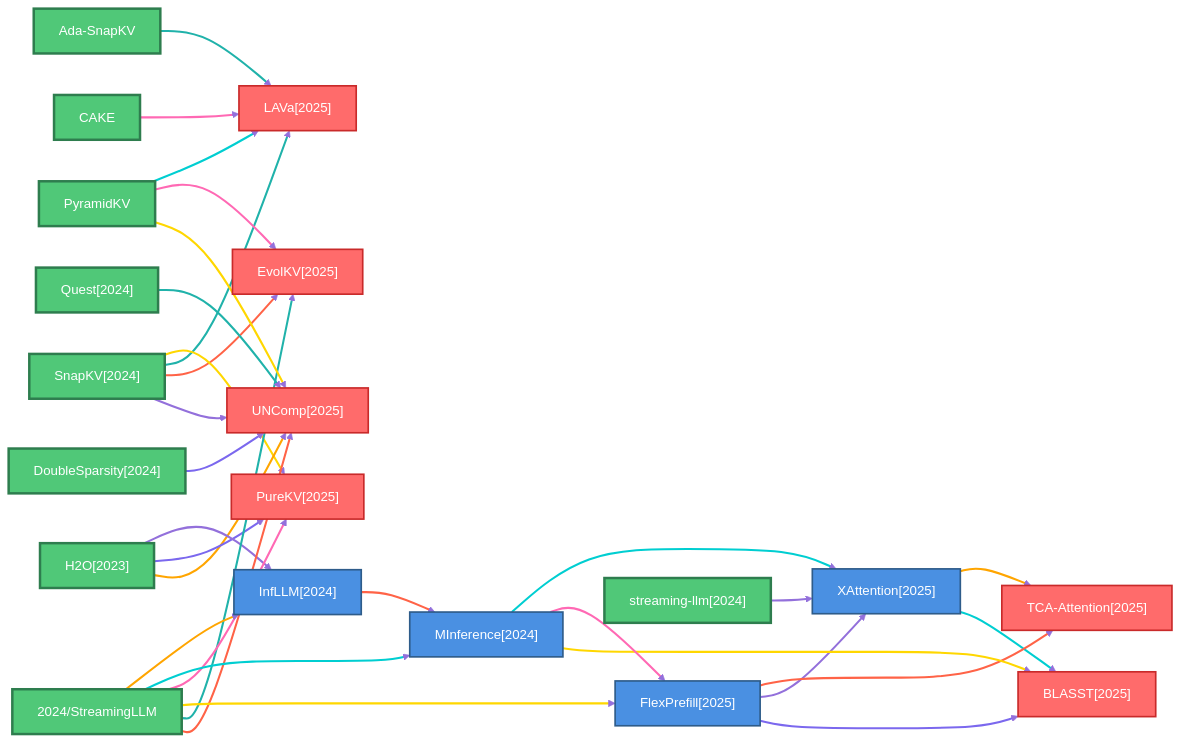
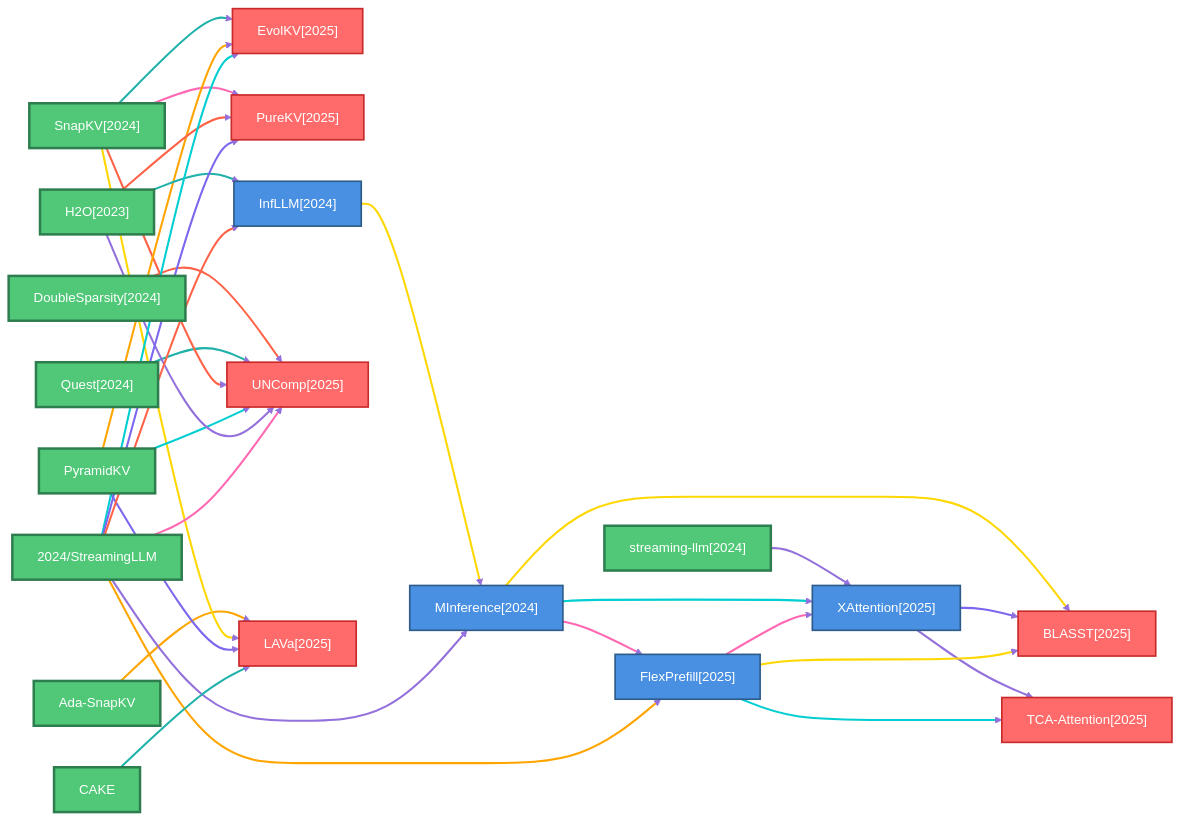
The fourth of 6 diagrams in docs/baseline_methods_graph.md (hustzxd/EfficientPaper), drawn with Mermaid before and after one commit. The commit also changed other lines of this file and 53 other files, not shown here.

````diff
--- a/docs/baseline_methods_graph.md
+++ b/docs/baseline_methods_graph.md
@@ -131,103 +131,103 @@
     classDef leafNode fill:#FF6B6B,stroke:#C92A2A,stroke-width:2px,color:#fff
     linkStyle default stroke:#9370DB,stroke-width:2px
 
+    2024_streaming_llm["streaming-llm[2024]"]
+    class 2024_streaming_llm rootNode
+    2024_DoubleSparsity["DoubleSparsity[2024]"]
+    class 2024_DoubleSparsity rootNode
+    2024_Quest["Quest[2024]"]
+    class 2024_Quest rootNode
+    2025_BLASST["BLASST[2025]"]
+    class 2025_BLASST leafNode
+    2025_EvolKV["EvolKV[2025]"]
+    class 2025_EvolKV leafNode
+    2024_MInference["MInference[2024]"]
+    class 2024_MInference defaultNode
+    Ada_SnapKV["Ada-SnapKV"]
+    class Ada_SnapKV rootNode
+    2025_PureKV["PureKV[2025]"]
+    class 2025_PureKV leafNode
+    2025_XAttention["XAttention[2025]"]
+    class 2025_XAttention defaultNode
     2024_SnapKV["SnapKV[2024]"]
     class 2024_SnapKV rootNode
-    2025_PureKV["PureKV[2025]"]
-    class 2025_PureKV leafNode
-    2025_BLASST["BLASST[2025]"]
-    class 2025_BLASST leafNode
+    PyramidKV["PyramidKV"]
+    class PyramidKV rootNode
+    2023_H2O["H2O[2023]"]
+    class 2023_H2O rootNode
     2025_TCA_Attention["TCA-Attention[2025]"]
     class 2025_TCA_Attention leafNode
+    2024_InfLLM["InfLLM[2024]"]
+    class 2024_InfLLM defaultNode
+    2025_UNComp["UNComp[2025]"]
+    class 2025_UNComp leafNode
+    2024_StreamingLLM["2024/StreamingLLM"]
+    class 2024_StreamingLLM rootNode
     CAKE["CAKE"]
     class CAKE rootNode
-    2025_XAttention["XAttention[2025]"]
-    class 2025_XAttention defaultNode
+    2025_LAVa["LAVa[2025]"]
+    class 2025_LAVa leafNode
     2025_FlexPrefill["FlexPrefill[2025]"]
     class 2025_FlexPrefill defaultNode
-    Ada_SnapKV["Ada-SnapKV"]
-    class Ada_SnapKV rootNode
-    2025_LAVa["LAVa[2025]"]
-    class 2025_LAVa leafNode
-    2025_UNComp["UNComp[2025]"]
-    class 2025_UNComp leafNode
-    2024_MInference["MInference[2024]"]
-    class 2024_MInference defaultNode
-    2023_H2O["H2O[2023]"]
-    class 2023_H2O rootNode
-    2024_StreamingLLM["2024/StreamingLLM"]
-    class 2024_StreamingLLM rootNode
-    2025_EvolKV["EvolKV[2025]"]
-    class 2025_EvolKV leafNode
-    2024_DoubleSparsity["DoubleSparsity[2024]"]
-    class 2024_DoubleSparsity rootNode
-    2024_streaming_llm["streaming-llm[2024]"]
-    class 2024_streaming_llm rootNode
-    2024_InfLLM["InfLLM[2024]"]
-    class 2024_InfLLM defaultNode
-    2024_Quest["Quest[2024]"]
-    class 2024_Quest rootNode
-    PyramidKV["PyramidKV"]
-    class PyramidKV rootNode
 
+    2024_streaming_llm ==>|" "| 2025_XAttention
+    linkStyle 0 stroke:#9370DB,stroke-width:2.5px
+    2024_DoubleSparsity ==>|" "| 2025_UNComp
+    linkStyle 1 stroke:#FF6347,stroke-width:2.5px
+    2024_Quest ==>|" "| 2025_UNComp
+    linkStyle 2 stroke:#20B2AA,stroke-width:2.5px
+    2024_MInference ==>|" "| 2025_BLASST
+    linkStyle 3 stroke:#FFD700,stroke-width:2.5px
+    2024_MInference ==>|" "| 2025_FlexPrefill
+    linkStyle 4 stroke:#FF69B4,stroke-width:2.5px
+    2024_MInference ==>|" "| 2025_XAttention
+    linkStyle 5 stroke:#00CED1,stroke-width:2.5px
+    Ada_SnapKV ==>|" "| 2025_LAVa
+    linkStyle 6 stroke:#FFA500,stroke-width:2.5px
+    2025_XAttention ==>|" "| 2025_BLASST
+    linkStyle 7 stroke:#7B68EE,stroke-width:2.5px
+    2025_XAttention ==>|" "| 2025_TCA_Attention
+    linkStyle 8 stroke:#9370DB,stroke-width:2.5px
     2024_SnapKV ==>|" "| 2025_UNComp
-    linkStyle 0 stroke:#9370DB,stroke-width:2.5px
+    linkStyle 9 stroke:#FF6347,stroke-width:2.5px
     2024_SnapKV ==>|" "| 2025_EvolKV
-    linkStyle 1 stroke:#FF6347,stroke-width:2.5px
+    linkStyle 10 stroke:#20B2AA,stroke-width:2.5px
     2024_SnapKV ==>|" "| 2025_LAVa
-    linkStyle 2 stroke:#20B2AA,stroke-width:2.5px
+    linkStyle 11 stroke:#FFD700,stroke-width:2.5px
     2024_SnapKV ==>|" "| 2025_PureKV
-    linkStyle 3 stroke:#FFD700,stroke-width:2.5px
+    linkStyle 12 stroke:#FF69B4,stroke-width:2.5px
+    PyramidKV ==>|" "| 2025_UNComp
+    linkStyle 13 stroke:#00CED1,stroke-width:2.5px
+    PyramidKV ==>|" "| 2025_EvolKV
+    linkStyle 14 stroke:#FFA500,stroke-width:2.5px
+    PyramidKV ==>|" "| 2025_LAVa
+    linkStyle 15 stroke:#7B68EE,stroke-width:2.5px
+    2023_H2O ==>|" "| 2025_UNComp
+    linkStyle 16 stroke:#9370DB,stroke-width:2.5px
+    2023_H2O ==>|" "| 2025_PureKV
+    linkStyle 17 stroke:#FF6347,stroke-width:2.5px
+    2023_H2O ==>|" "| 2024_InfLLM
+    linkStyle 18 stroke:#20B2AA,stroke-width:2.5px
+    2024_InfLLM ==>|" "| 2024_MInference
+    linkStyle 19 stroke:#FFD700,stroke-width:2.5px
+    2024_StreamingLLM ==>|" "| 2025_UNComp
+    linkStyle 20 stroke:#FF69B4,stroke-width:2.5px
+    2024_StreamingLLM ==>|" "| 2025_EvolKV
+    linkStyle 21 stroke:#00CED1,stroke-width:2.5px
+    2024_StreamingLLM ==>|" "| 2025_FlexPrefill
+    linkStyle 22 stroke:#FFA500,stroke-width:2.5px
+    2024_StreamingLLM ==>|" "| 2025_PureKV
+    linkStyle 23 stroke:#7B68EE,stroke-width:2.5px
+    2024_StreamingLLM ==>|" "| 2024_MInference
+    linkStyle 24 stroke:#9370DB,stroke-width:2.5px
+    2024_StreamingLLM ==>|" "| 2024_InfLLM
+    linkStyle 25 stroke:#FF6347,stroke-width:2.5px
     CAKE ==>|" "| 2025_LAVa
-    linkStyle 4 stroke:#FF69B4,stroke-width:2.5px
-    2025_XAttention ==>|" "| 2025_BLASST
-    linkStyle 5 stroke:#00CED1,stroke-width:2.5px
-    2025_XAttention ==>|" "| 2025_TCA_Attention
-    linkStyle 6 stroke:#FFA500,stroke-width:2.5px
+    linkStyle 26 stroke:#20B2AA,stroke-width:2.5px
     2025_FlexPrefill ==>|" "| 2025_BLASST
-    linkStyle 7 stroke:#7B68EE,stroke-width:2.5px
+    linkStyle 27 stroke:#FFD700,stroke-width:2.5px
     2025_FlexPrefill ==>|" "| 2025_XAttention
-    linkStyle 8 stroke:#9370DB,stroke-width:2.5px
+    linkStyle 28 stroke:#FF69B4,stroke-width:2.5px
     2025_FlexPrefill ==>|" "| 2025_TCA_Attention
-    linkStyle 9 stroke:#FF6347,stroke-width:2.5px
-    Ada_SnapKV ==>|" "| 2025_LAVa
-    linkStyle 10 stroke:#20B2AA,stroke-width:2.5px
-    2024_MInference ==>|" "| 2025_BLASST
-    linkStyle 11 stroke:#FFD700,stroke-width:2.5px
-    2024_MInference ==>|" "| 2025_FlexPrefill
-    linkStyle 12 stroke:#FF69B4,stroke-width:2.5px
-    2024_MInference ==>|" "| 2025_XAttention
-    linkStyle 13 stroke:#00CED1,stroke-width:2.5px
-    2023_H2O ==>|" "| 2025_UNComp
-    linkStyle 14 stroke:#FFA500,stroke-width:2.5px
-    2023_H2O ==>|" "| 2025_PureKV
-    linkStyle 15 stroke:#7B68EE,stroke-width:2.5px
-    2023_H2O ==>|" "| 2024_InfLLM
-    linkStyle 16 stroke:#9370DB,stroke-width:2.5px
-    2024_StreamingLLM ==>|" "| 2025_UNComp
-    linkStyle 17 stroke:#FF6347,stroke-width:2.5px
-    2024_StreamingLLM ==>|" "| 2025_EvolKV
-    linkStyle 18 stroke:#20B2AA,stroke-width:2.5px
-    2024_StreamingLLM ==>|" "| 2025_FlexPrefill
-    linkStyle 19 stroke:#FFD700,stroke-width:2.5px
-    2024_StreamingLLM ==>|" "| 2025_PureKV
-    linkStyle 20 stroke:#FF69B4,stroke-width:2.5px
-    2024_StreamingLLM ==>|" "| 2024_MInference
-    linkStyle 21 stroke:#00CED1,stroke-width:2.5px
-    2024_StreamingLLM ==>|" "| 2024_InfLLM
-    linkStyle 22 stroke:#FFA500,stroke-width:2.5px
-    2024_DoubleSparsity ==>|" "| 2025_UNComp
-    linkStyle 23 stroke:#7B68EE,stroke-width:2.5px
-    2024_streaming_llm ==>|" "| 2025_XAttention
-    linkStyle 24 stroke:#9370DB,stroke-width:2.5px
-    2024_InfLLM ==>|" "| 2024_MInference
-    linkStyle 25 stroke:#FF6347,stroke-width:2.5px
-    2024_Quest ==>|" "| 2025_UNComp
-    linkStyle 26 stroke:#20B2AA,stroke-width:2.5px
-    PyramidKV ==>|" "| 2025_UNComp
-    linkStyle 27 stroke:#FFD700,stroke-width:2.5px
-    PyramidKV ==>|" "| 2025_EvolKV
-    linkStyle 28 stroke:#FF69B4,stroke-width:2.5px
-    PyramidKV ==>|" "| 2025_LAVa
     linkStyle 29 stroke:#00CED1,stroke-width:2.5px
 ```
````
